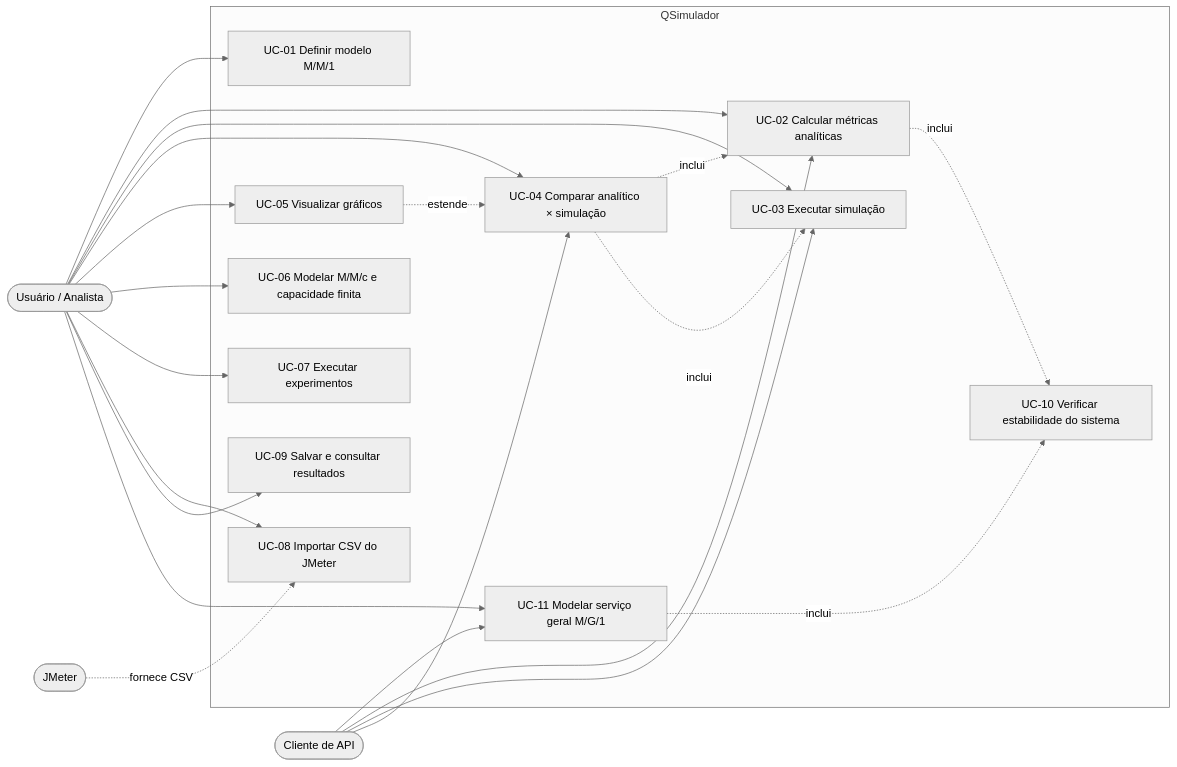
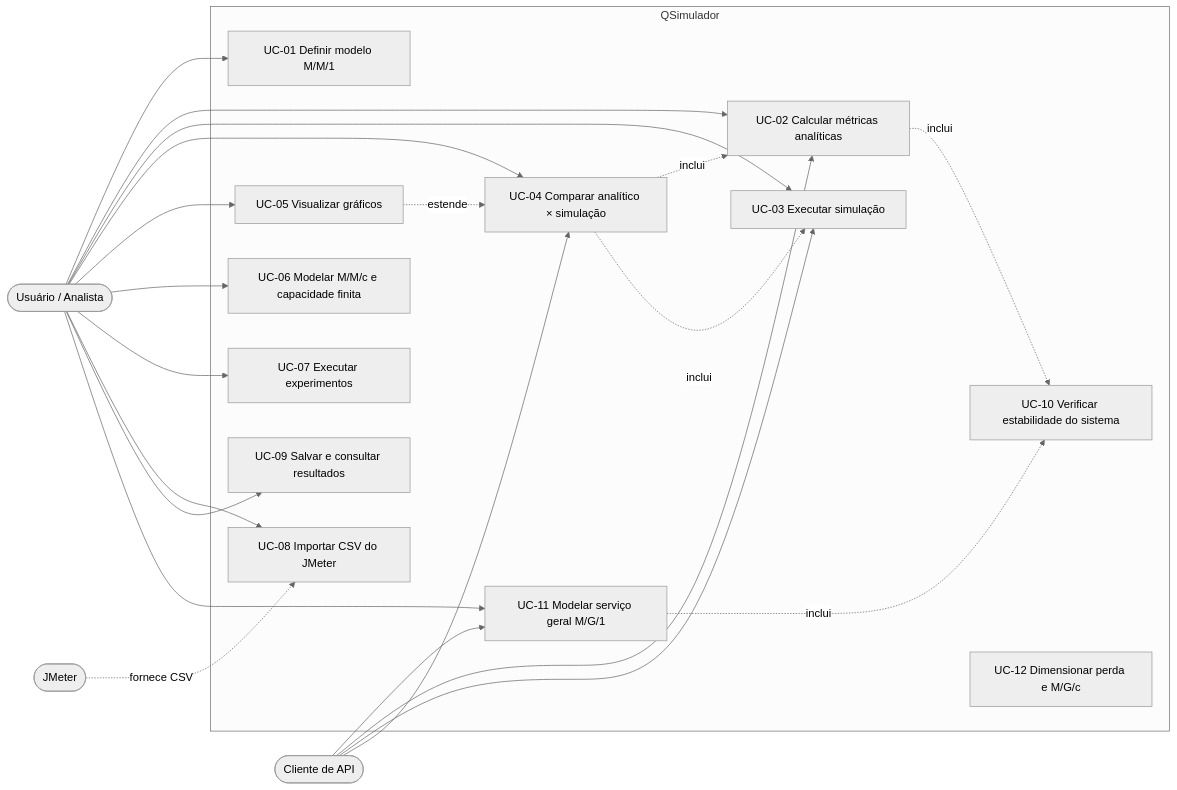
One commit to lucifer-son/QSimulador changed the diagram in docs/casos-de-uso.md. Above: the diagram before and after it, drawn with Mermaid (neutral theme). The commit also changed other lines of this file and 5 other files, not shown here.

````diff
--- a/docs/casos-de-uso.md
+++ b/docs/casos-de-uso.md
@@ -32,41 +32,42 @@
 ```mermaid
 flowchart LR
     U([Usuário / Analista])
     A([Cliente de API])
     J([JMeter])
 
     subgraph QSimulador
         UC01[UC-01 Definir modelo M/M/1]
         UC02[UC-02 Calcular métricas analíticas]
         UC03[UC-03 Executar simulação]
         UC04[UC-04 Comparar analítico × simulação]
         UC05[UC-05 Visualizar gráficos]
         UC06[UC-06 Modelar M/M/c e capacidade finita]
         UC07[UC-07 Executar experimentos]
         UC08[UC-08 Importar CSV do JMeter]
         UC09[UC-09 Salvar e consultar resultados]
         UC10[UC-10 Verificar estabilidade do sistema]
         UC11[UC-11 Modelar serviço geral M/G/1]
+        UC12[UC-12 Dimensionar perda e M/G/c]
     end
 
     U --> UC01
     U --> UC02
     U --> UC03
     U --> UC04
     U --> UC05
     U --> UC06
     U --> UC07
     U --> UC08
     U --> UC09
     U --> UC11
     A --> UC11
     A --> UC02
     A --> UC03
     A --> UC04
     J -. fornece CSV .-> UC08
     UC02 -. inclui .-> UC10
     UC04 -. inclui .-> UC02
     UC04 -. inclui .-> UC03
     UC05 -. estende .-> UC04
     UC11 -. inclui .-> UC10
 ```
````
